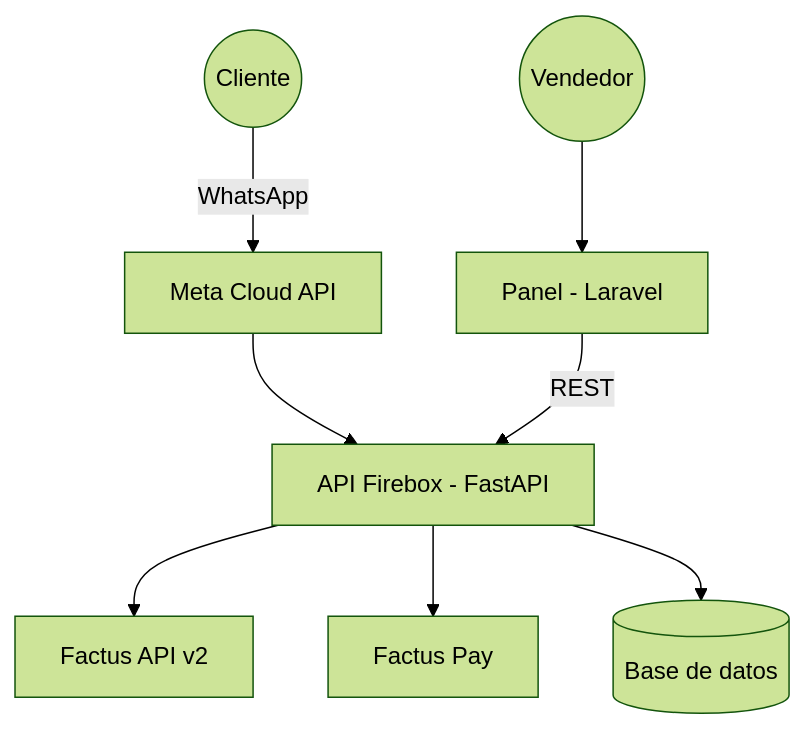
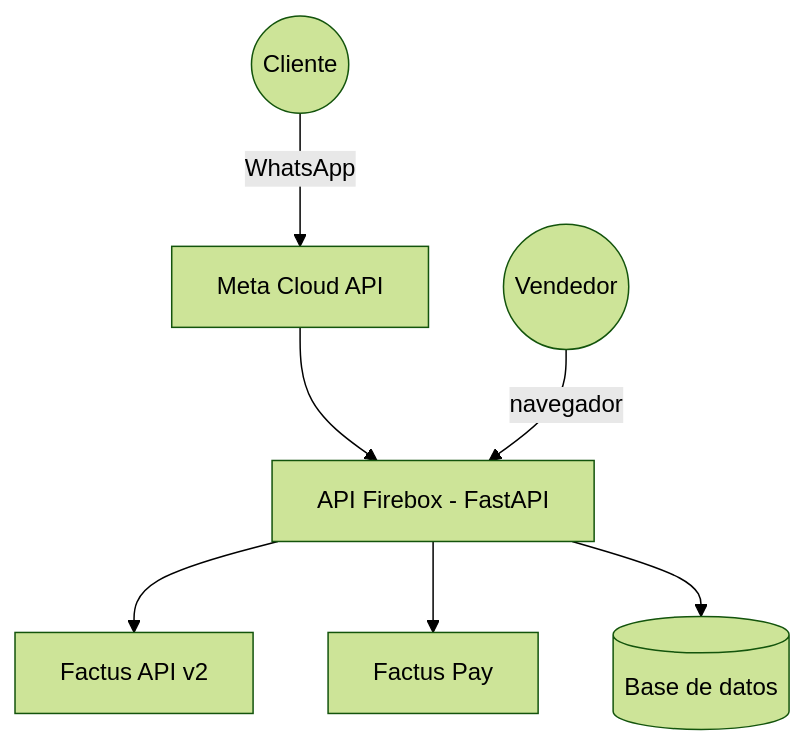
The diagram in docs/documentacion/01_SRS_Especificacion_Requisitos.md (ferdinando04/api-wars), drawn with Mermaid (forest theme) before and after one commit. The commit also changed other lines of this file and 6 other files, not shown here.

First line of the commit message:
docs: el panel del vendedor se hace en Python dentro de la misma API (Jinja2 + HTMX); se descarta Laravel

````diff
--- a/docs/documentacion/01_SRS_Especificacion_Requisitos.md
+++ b/docs/documentacion/01_SRS_Especificacion_Requisitos.md
@@ -63,10 +63,9 @@
 ```mermaid
 graph TD
     Cliente((Cliente)) -->|WhatsApp| Meta[Meta Cloud API]
     Meta --> API[API Firebox - FastAPI]
-    Vendedor((Vendedor)) --> Panel[Panel - Laravel]
-    Panel -->|REST| API
+    Vendedor((Vendedor)) -->|navegador| API
     API --> Factus[Factus API v2]
     API --> Pay[Factus Pay]
     API --> DB[(Base de datos)]
 ```
````
